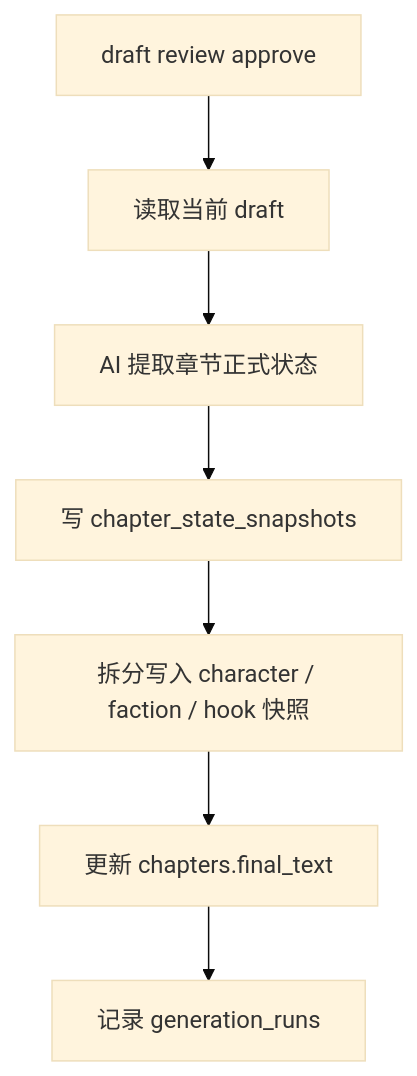
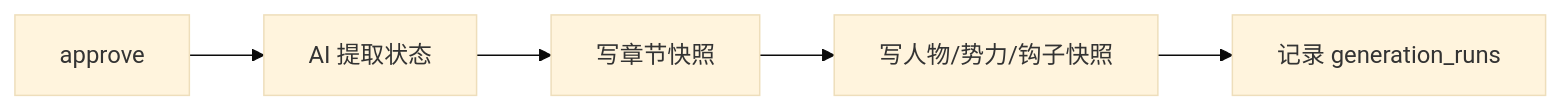
The fourth of 4 diagrams in README.md (housirvip/hai-novel), drawn with Mermaid (base theme) before and after one commit. The commit also changed other lines of this file, not shown here.

First line of the commit message:
docs: 更新架构图与流程文档以简化说明

````diff
--- a/README.md
+++ b/README.md
@@ -246,9 +240,7 @@
 ```mermaid
-flowchart TD
-  A["draft review approve"] --> B["读取当前 draft"]
-  B --> C["AI 提取章节正式状态"]
-  C --> D["写 chapter_state_snapshots"]
-  D --> E["拆分写入 character / faction / hook 快照"]
-  E --> F["更新 chapters.final_text"]
-  F --> G["记录 generation_runs"]
+flowchart LR
+  A["approve"] --> B["AI 提取状态"]
+  B --> C["写章节快照"]
+  C --> D["写人物/势力/钩子快照"]
+  D --> E["记录 generation_runs"]
 ```
````
